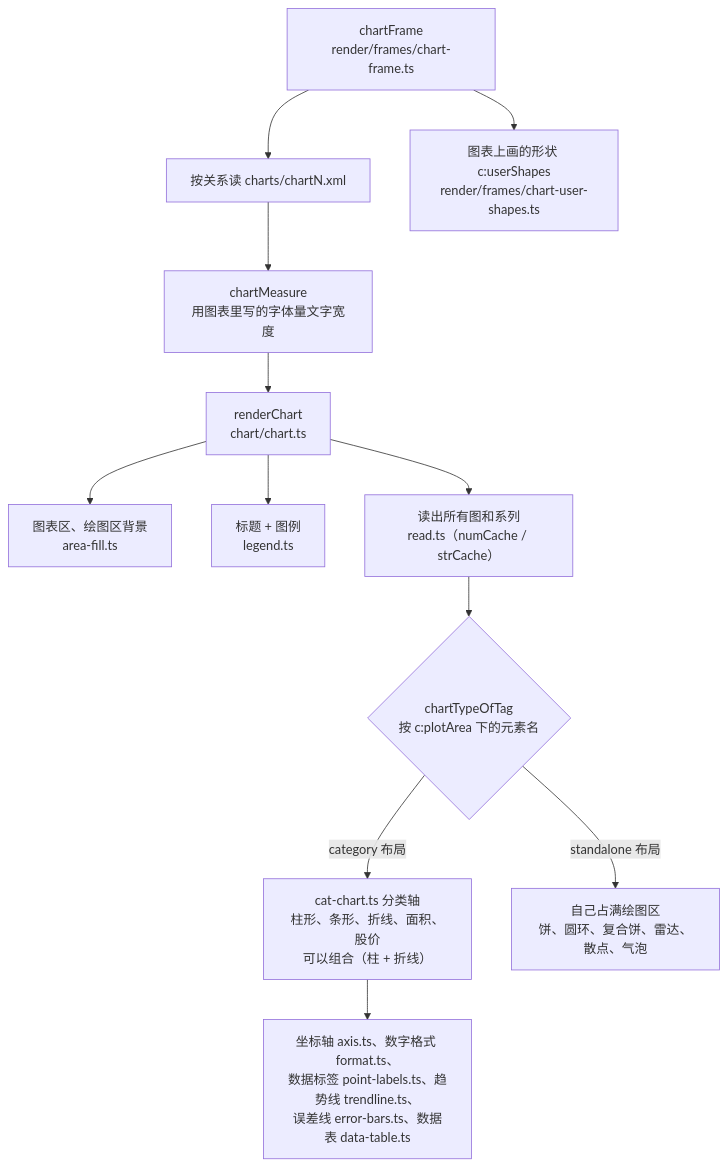
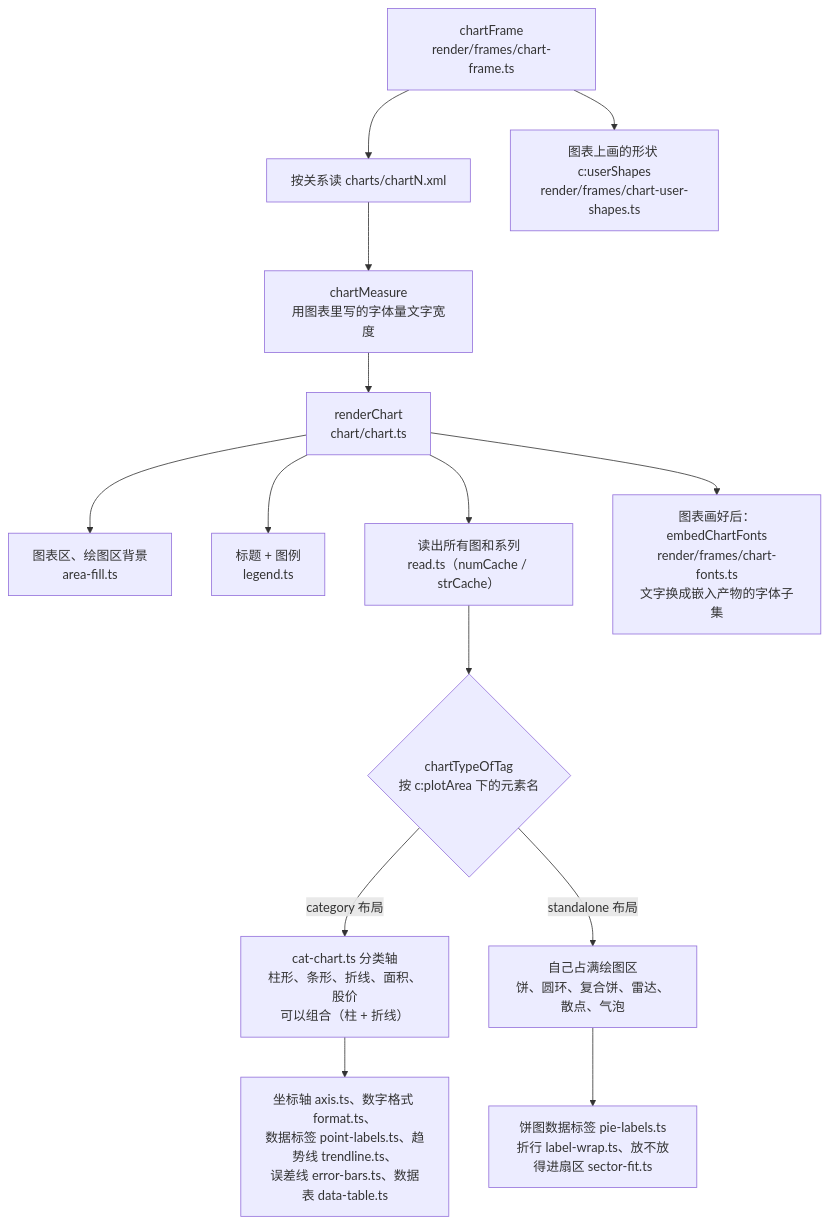
One commit to spitmaster/unppt changed diagram 14 of 22 in docs/zh/transcoding.md. Above: the diagram before and after it, drawn with Mermaid. The commit also changed other lines of this file and 1 other file, not shown here.

Commit message:
docs: 转码原理对照 0.3.1 代码更新——思源字体按缺字体替代（SPEC D3 ⑩）、可变字体取 Regular / Bold 实例、符号字体子集化前换 cmap、显示字形放进原字体格子；缩进 1/20 磅和"行首起点 + 行宽 + 右缩进"取整到 1/8 磅的断行规则、水平居中 anchorCtr（含表格单元格）、项目符号的新规则、人工加粗的颜料；图表文字字体 chart-fonts.ts、饼图最佳位置标签；公式 Fallback 图片正着铺；出图按能画全文字选字体；不写 -o 时的输出位置；效果数字换成 0.3.1

````diff
--- a/docs/zh/transcoding.md
+++ b/docs/zh/transcoding.md
@@ -674,14 +677,16 @@
 ```mermaid
 flowchart TD
   cf["chartFrame<br/>render/frames/chart-frame.ts"] --> rel["按关系读 charts/chartN.xml"]
   rel --> m["chartMeasure<br/>用图表里写的字体量文字宽度"]
   m --> rc["renderChart<br/>chart/chart.ts"]
   rc --> ar["图表区、绘图区背景<br/>area-fill.ts"]
   rc --> ttl["标题 + 图例<br/>legend.ts"]
   rc --> rd["读出所有图和系列<br/>read.ts（numCache / strCache）"]
   rd --> type{"chartTypeOfTag<br/>按 c:plotArea 下的元素名"}
   type -->|"category 布局"| cat["cat-chart.ts 分类轴<br/>柱形、条形、折线、面积、股价<br/>可以组合（柱 + 折线）"]
   type -->|"standalone 布局"| sa["自己占满绘图区<br/>饼、圆环、复合饼、雷达、散点、气泡"]
   cat --> extras["坐标轴 axis.ts、数字格式 format.ts、<br/>数据标签 point-labels.ts、趋势线 trendline.ts、<br/>误差线 error-bars.ts、数据表 data-table.ts"]
+  sa --> pl["饼图数据标签 pie-labels.ts<br/>折行 label-wrap.ts、放不放得进扇区 sector-fit.ts"]
   cf --> us["图表上画的形状 c:userShapes<br/>render/frames/chart-user-shapes.ts"]
+  rc --> fnt["图表画好后：embedChartFonts<br/>render/frames/chart-fonts.ts<br/>文字换成嵌入产物的字体子集"]
 ```
````
